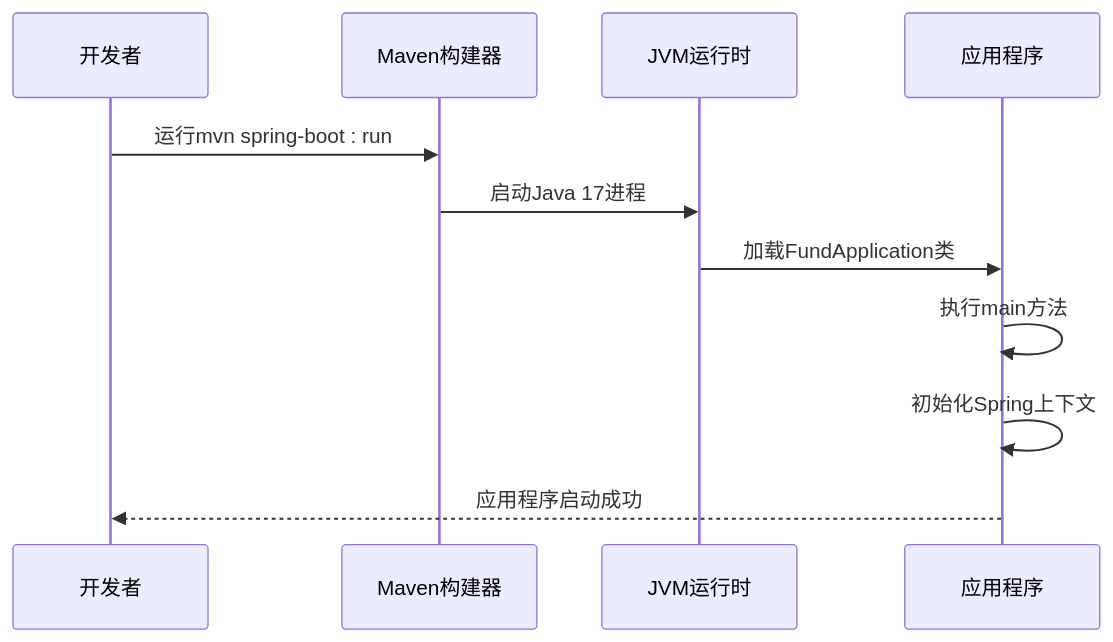
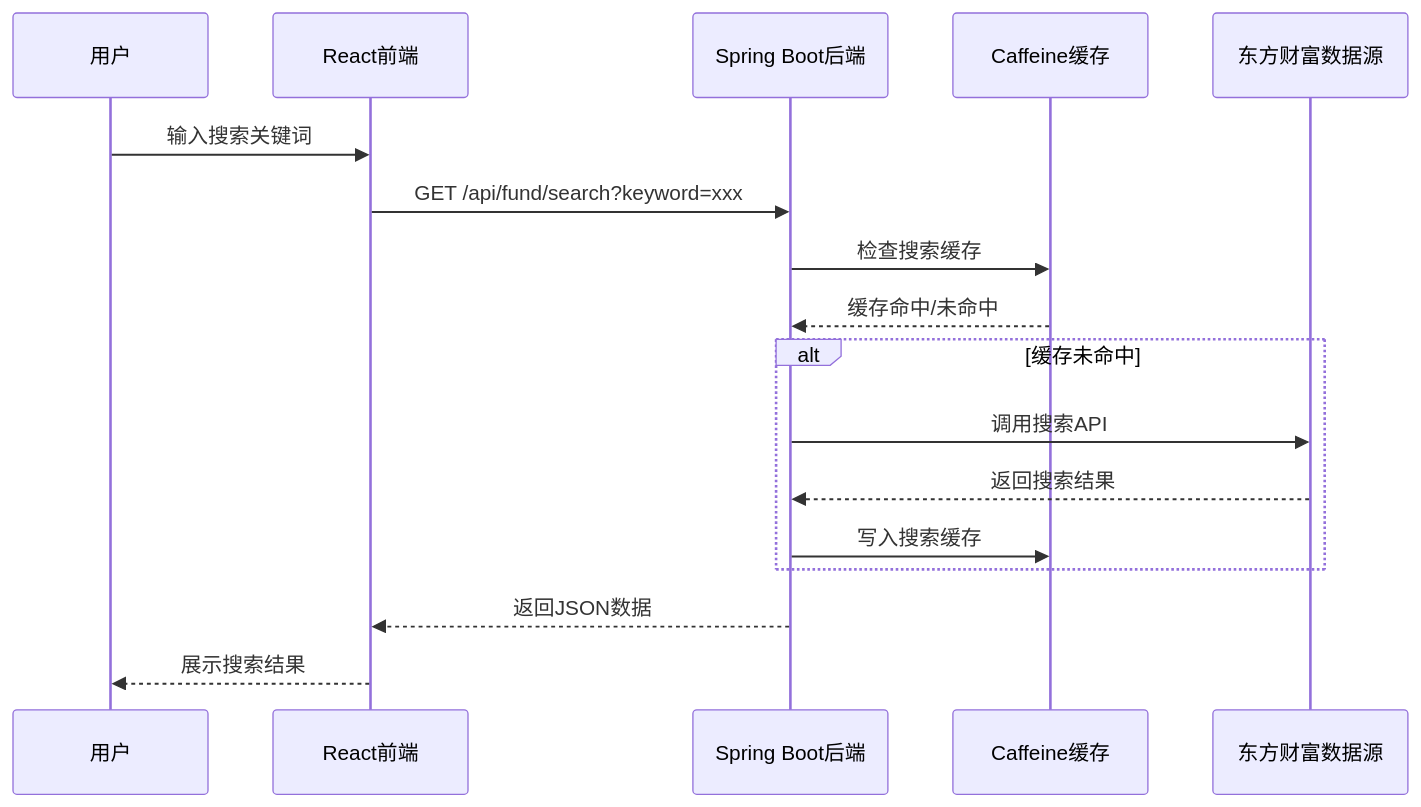
The seventh of 8 diagrams in .qoder/repowiki/zh/content/项目概述.md (gree-coder/fund-butler), drawn with Mermaid before and after one commit. The commit also changed other lines of this file and 10 other files, not shown here.

````diff
--- a/.qoder/repowiki/zh/content/项目概述.md
+++ b/.qoder/repowiki/zh/content/项目概述.md
@@ -275,13 +365,19 @@
 ```mermaid
 sequenceDiagram
-participant Dev as 开发者
-participant Maven as Maven构建器
-participant JVM as JVM运行时
-participant App as 应用程序
-Dev->>Maven : 运行mvn spring-boot : run
-Maven->>JVM : 启动Java 17进程
-JVM->>App : 加载FundApplication类
-App->>App : 执行main方法
-App->>App : 初始化Spring上下文
-App-->>Dev : 应用程序启动成功
+participant User as 用户
+participant Frontend as React前端
+participant Backend as Spring Boot后端
+participant Cache as Caffeine缓存
+participant DataSource as 东方财富数据源
+User->>Frontend : 输入搜索关键词
+Frontend->>Backend : GET /api/fund/search?keyword=xxx
+Backend->>Cache : 检查搜索缓存
+Cache-->>Backend : 缓存命中/未命中
+alt 缓存未命中
+Backend->>DataSource : 调用搜索API
+DataSource-->>Backend : 返回搜索结果
+Backend->>Cache : 写入搜索缓存
+end
+Backend-->>Frontend : 返回JSON数据
+Frontend-->>User : 展示搜索结果
 ```
````
